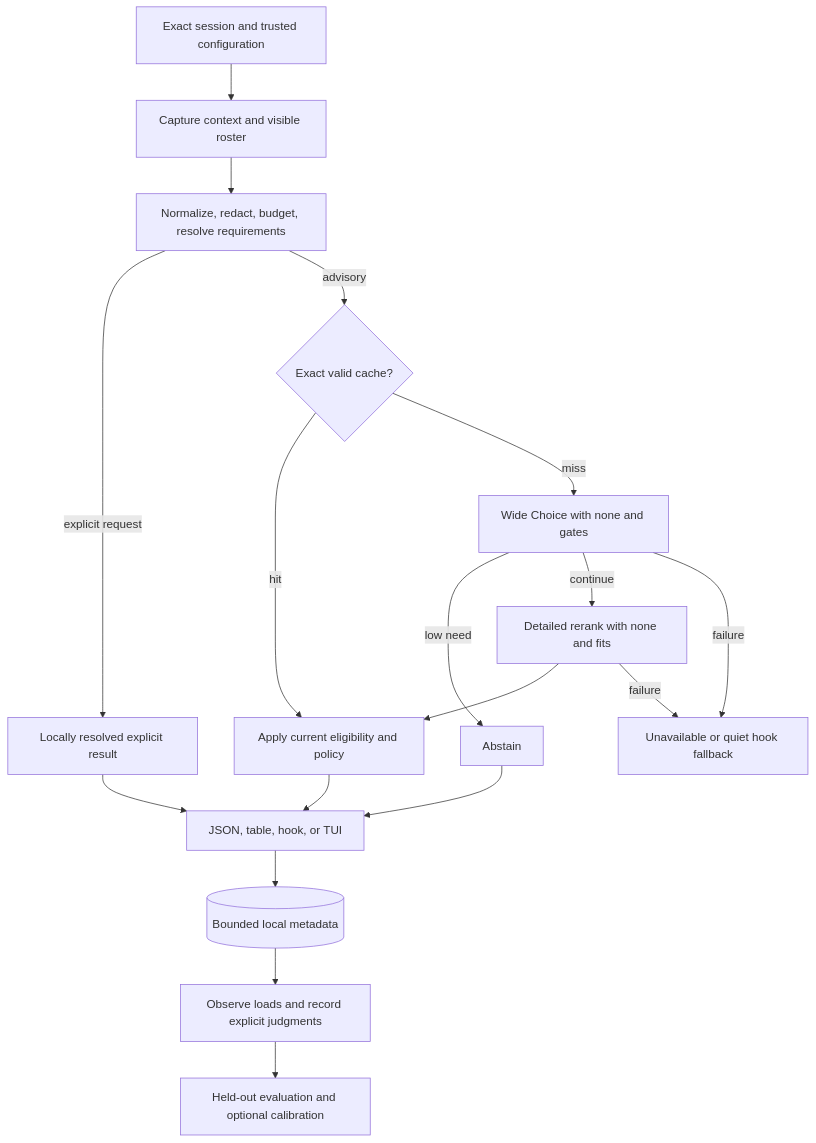
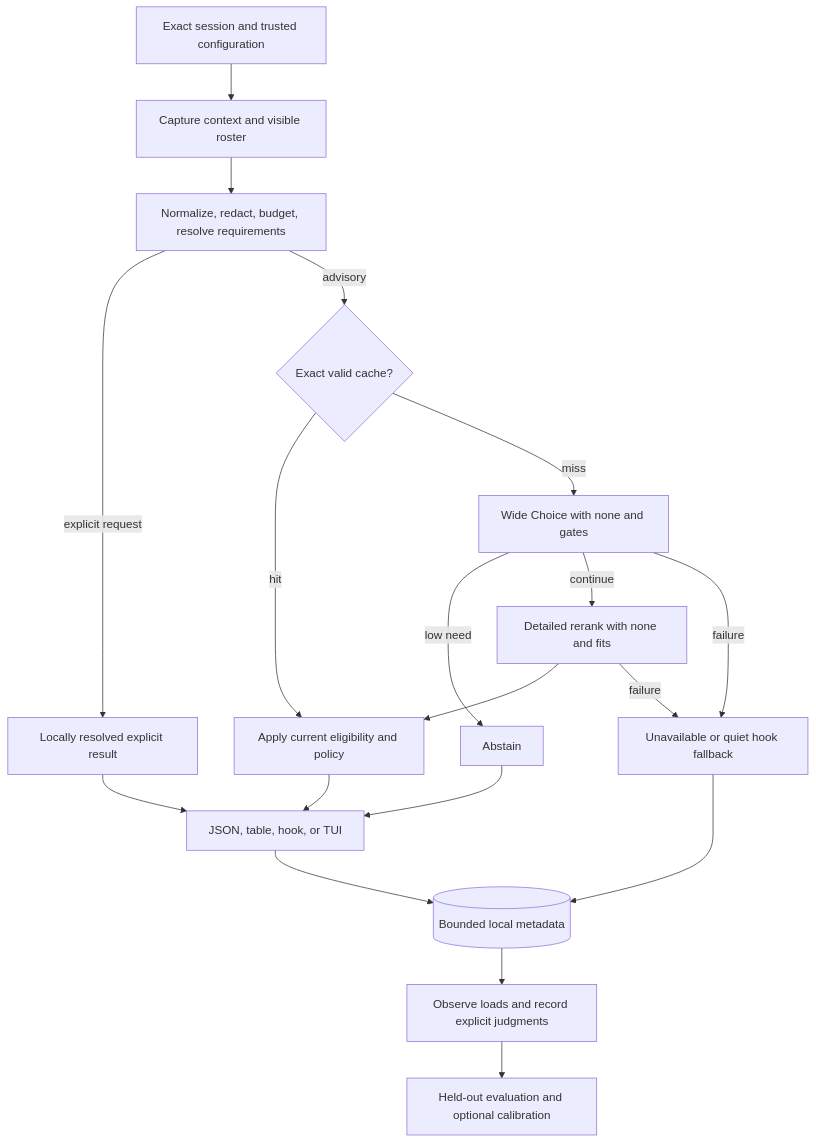
The diagram in README.md (Dicklesworthstone/skillranker), drawn with Mermaid before and after one commit. The commit also changed other lines of this file, not shown here.

````diff
--- a/README.md
+++ b/README.md
@@ -664,20 +666,21 @@
 ```mermaid
 flowchart TD
     A[Exact session and trusted configuration] --> B[Capture context and visible roster]
     B --> C[Normalize, redact, budget, resolve requirements]
     C -->|explicit request| X[Locally resolved explicit result]
     C -->|advisory| K{Exact valid cache?}
     K -->|hit| P[Apply current eligibility and policy]
     K -->|miss| W[Wide Choice with none and gates]
     W -->|low need| N[Abstain]
     W -->|continue| R[Detailed rerank with none and fits]
     R --> P
     P --> O[JSON, table, hook, or TUI]
     W -->|failure| U[Unavailable or quiet hook fallback]
     R -->|failure| U
     X --> O
     N --> O
     O --> L[(Bounded local metadata)]
+    U --> L
     L --> F[Observe loads and record explicit judgments]
     F --> E[Held-out evaluation and optional calibration]
 ```
````
